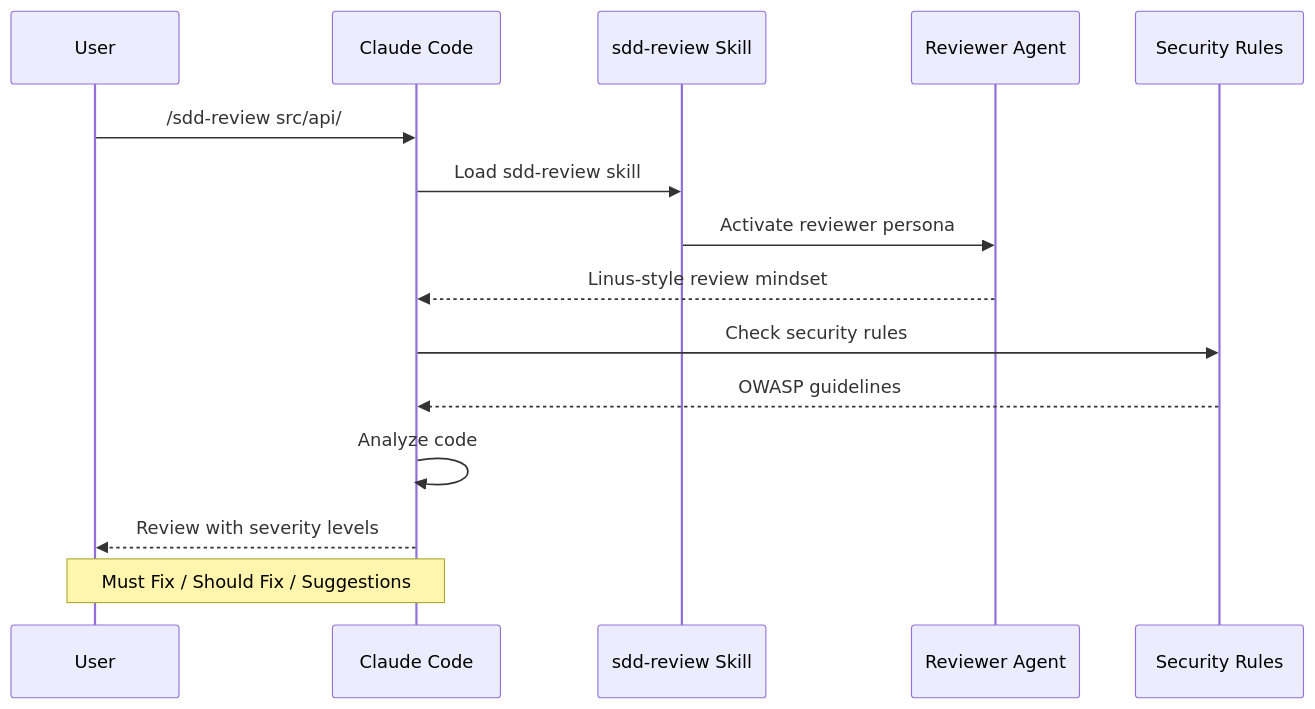
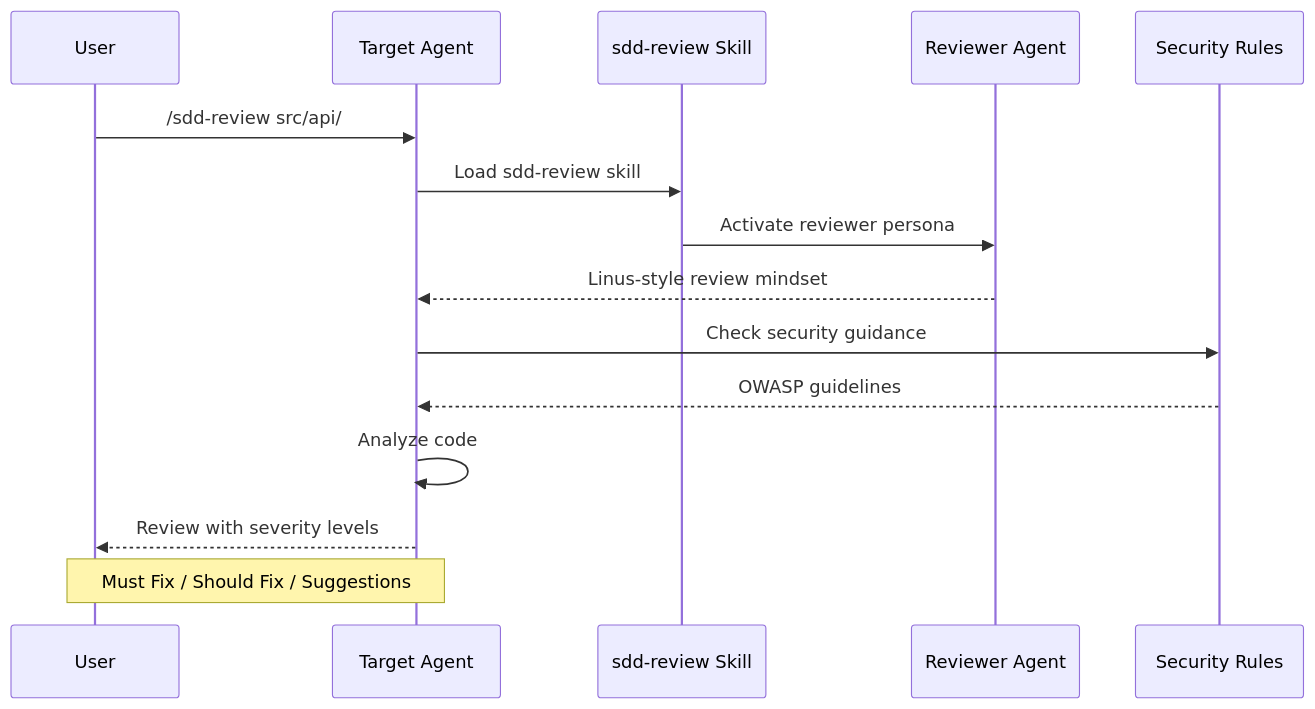
One commit to yi-john-huang/sdd-mcp changed the third of 5 diagrams in docs/WORKFLOW.md. Above: the diagram before and after it, drawn with Mermaid. The commit also changed other lines of this file and 22 other files, not shown here.

````diff
--- a/docs/WORKFLOW.md
+++ b/docs/WORKFLOW.md
@@ -104,18 +104,18 @@
 ```mermaid
 sequenceDiagram
     participant User
-    participant Claude as Claude Code
+    participant Target as Target Agent
     participant Skill as sdd-review Skill
     participant Agent as Reviewer Agent
     participant Rules as Security Rules
 
-    User->>Claude: /sdd-review src/api/
-    Claude->>Skill: Load sdd-review skill
+    User->>Target: /sdd-review src/api/
+    Target->>Skill: Load sdd-review skill
     Skill->>Agent: Activate reviewer persona
-    Agent-->>Claude: Linus-style review mindset
-    Claude->>Rules: Check security rules
-    Rules-->>Claude: OWASP guidelines
-    Claude->>Claude: Analyze code
-    Claude-->>User: Review with severity levels
-    Note over User,Claude: Must Fix / Should Fix / Suggestions
+    Agent-->>Target: Linus-style review mindset
+    Target->>Rules: Check security guidance
+    Rules-->>Target: OWASP guidelines
+    Target->>Target: Analyze code
+    Target-->>User: Review with severity levels
+    Note over User,Target: Must Fix / Should Fix / Suggestions
 ```
````
